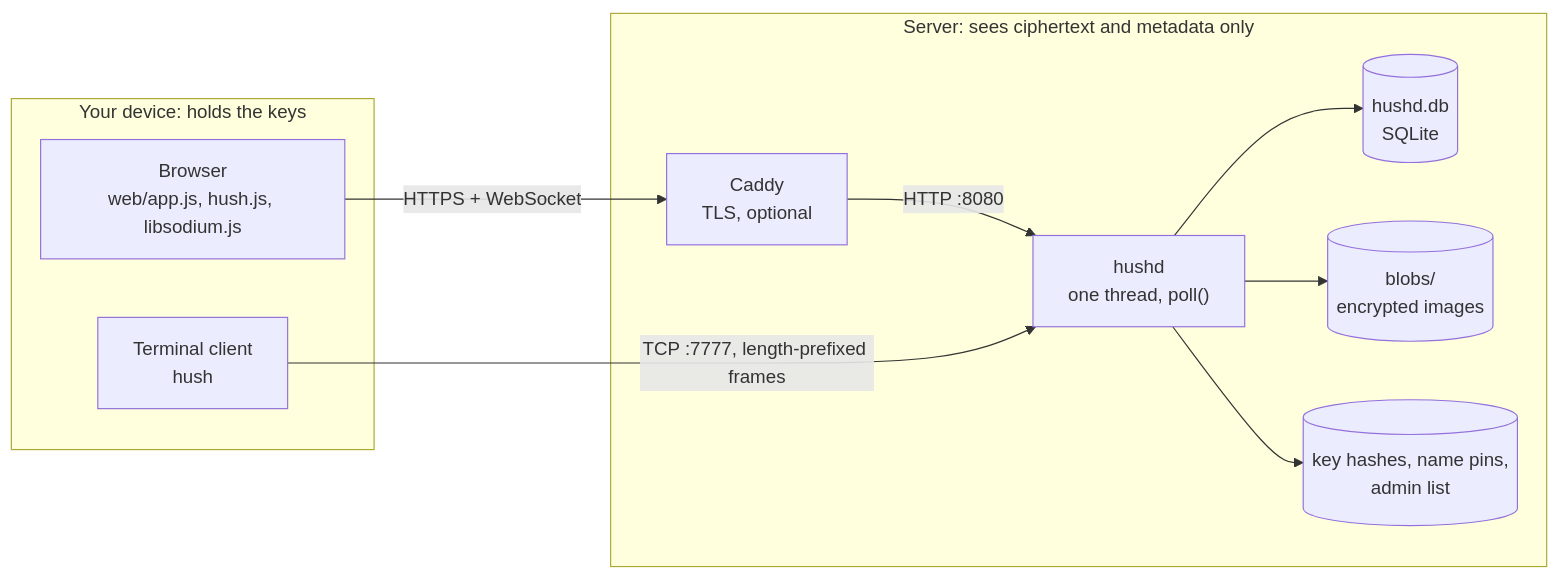
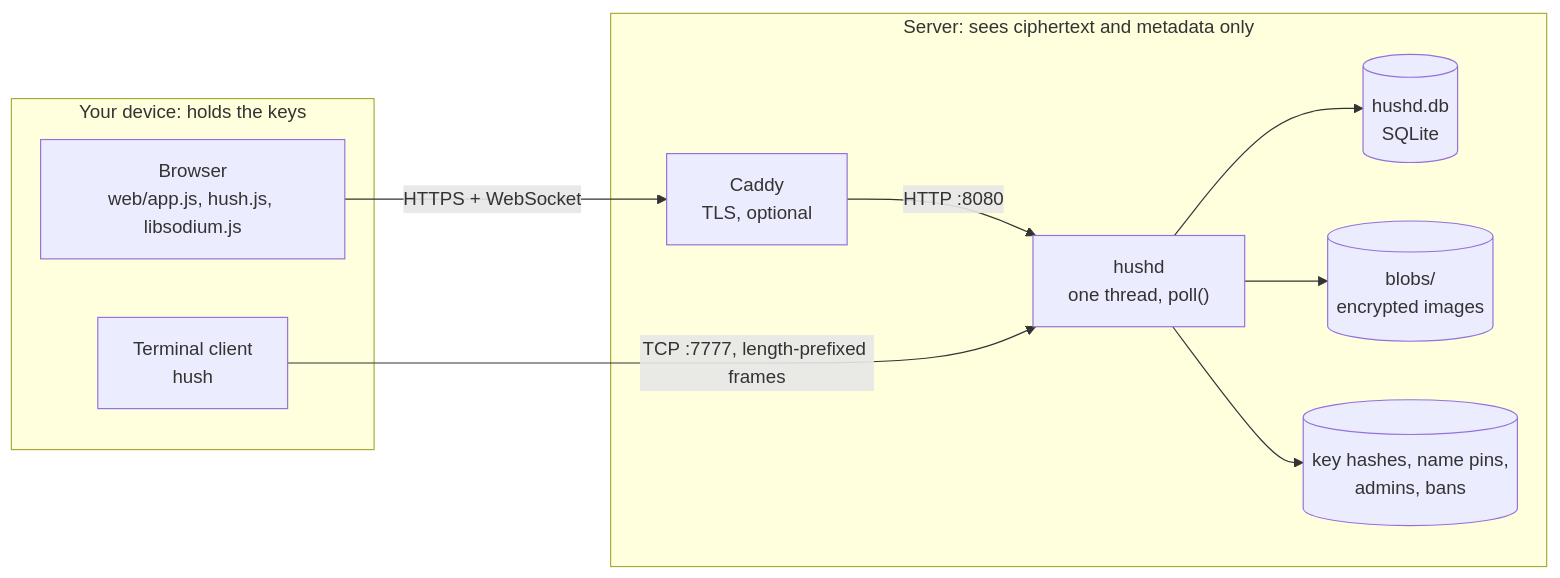
Before and after one commit to Thurlws/hush: the diagram in README.md, drawn with Mermaid. The commit also changed other lines of this file and 12 other files, not shown here.

First line of the commit message:
Document the admin panel, history from join and bans

````diff
--- a/README.md
+++ b/README.md
@@ -14,19 +17,19 @@
 ```mermaid
 flowchart LR
     subgraph device["Your device: holds the keys"]
         B["Browser<br/>web/app.js, hush.js, libsodium.js"]
         T["Terminal client<br/>hush"]
     end
     subgraph server["Server: sees ciphertext and metadata only"]
         C["Caddy<br/>TLS, optional"]
         D["hushd<br/>one thread, poll()"]
         DB[("hushd.db<br/>SQLite")]
         BL[("blobs/<br/>encrypted images")]
-        F[("key hashes, name pins,<br/>admin list")]
+        F[("key hashes, name pins,<br/>admins, bans")]
     end
     B -->|"HTTPS + WebSocket"| C -->|"HTTP :8080"| D
     T -->|"TCP :7777, length-prefixed frames"| D
     D --> DB
     D --> BL
     D --> F
 ```
````
